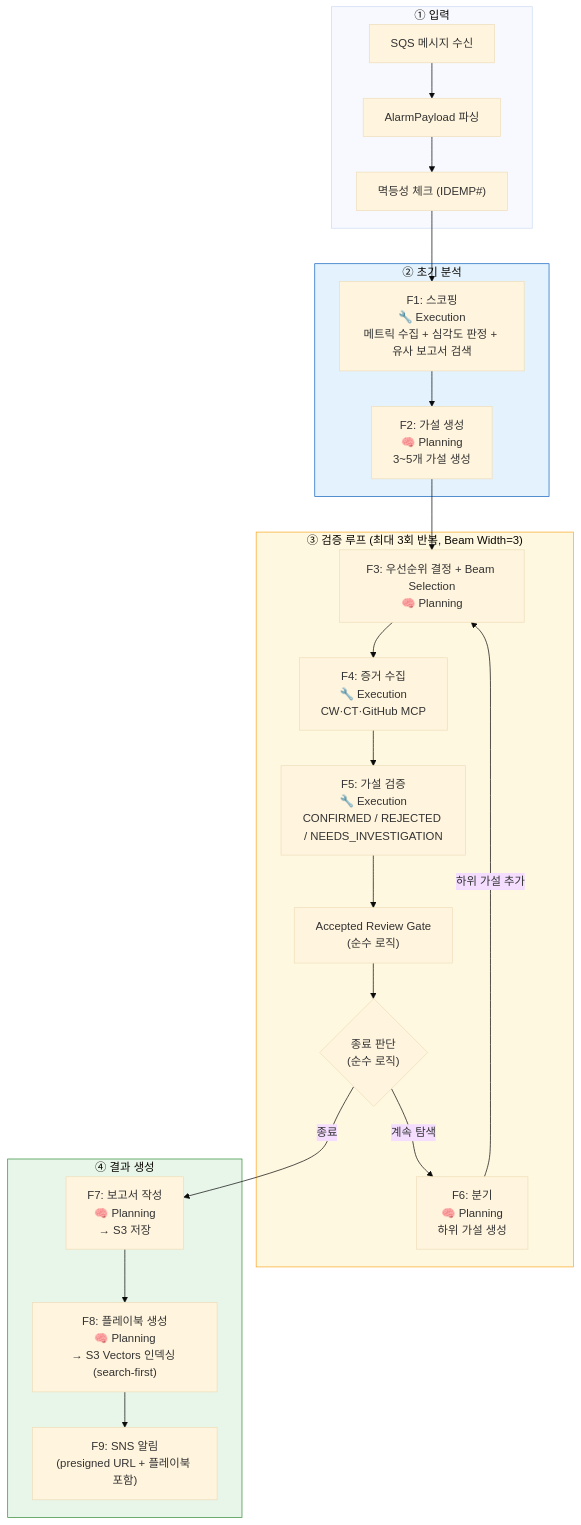
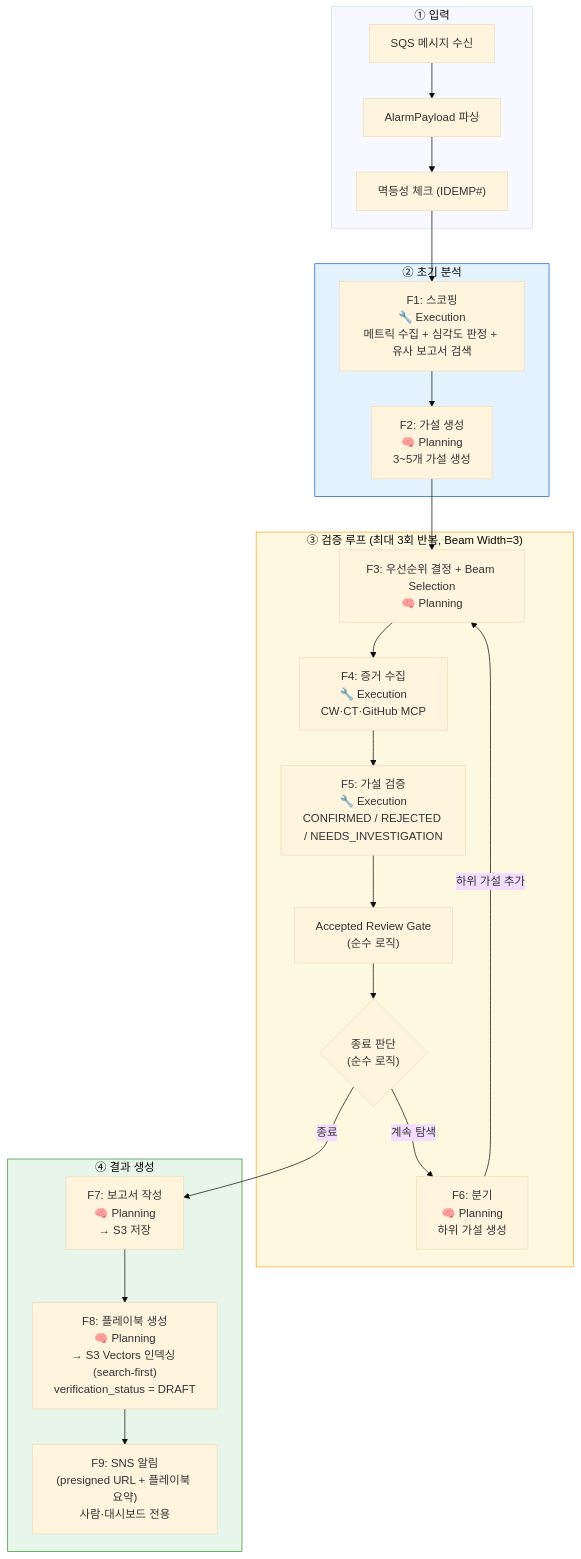
The sixth of 25 diagrams in docs/system-guide-for-ops.md (haandol/rca-agent), drawn with Mermaid (base theme) before and after one commit. The commit also changed other lines of this file and 7 other files, not shown here.

````diff
--- a/docs/system-guide-for-ops.md
+++ b/docs/system-guide-for-ops.md
@@ -299,43 +369,43 @@
 ```mermaid
 flowchart TD
     subgraph Input["① 입력"]
         SQS["SQS 메시지 수신"]
         PARSE["AlarmPayload 파싱"]
         DEDUP["멱등성 체크 (IDEMP#)"]
         SQS --> PARSE --> DEDUP
     end
 
     subgraph Phase1["② 초기 분석"]
         F1["F1: 스코핑<br/>🔧 Execution<br/>메트릭 수집 + 심각도 판정 + 유사 보고서 검색"]
         F2["F2: 가설 생성<br/>🧠 Planning<br/>3~5개 가설 생성"]
     end
 
     subgraph Loop["③ 검증 루프 (최대 3회 반복, Beam Width=3)"]
         F3["F3: 우선순위 결정 + Beam Selection<br/>🧠 Planning"]
         F4["F4: 증거 수집<br/>🔧 Execution<br/>CW·CT·GitHub MCP"]
         F5["F5: 가설 검증<br/>🔧 Execution<br/>CONFIRMED / REJECTED / NEEDS_INVESTIGATION"]
         RG["Accepted Review Gate<br/>(순수 로직)"]
         TERM{"종료 판단<br/>(순수 로직)"}
         F6["F6: 분기<br/>🧠 Planning<br/>하위 가설 생성"]
 
         F3 --> F4 --> F5 --> RG --> TERM
         TERM -->|"계속 탐색"| F6
         F6 -->|"하위 가설 추가"| F3
     end
 
     subgraph Output["④ 결과 생성"]
         F7["F7: 보고서 작성<br/>🧠 Planning<br/>→ S3 저장"]
-        F8["F8: 플레이북 생성<br/>🧠 Planning<br/>→ S3 Vectors 인덱싱 (search-first)"]
-        F9["F9: SNS 알림<br/>(presigned URL + 플레이북 포함)"]
+        F8["F8: 플레이북 생성<br/>🧠 Planning<br/>→ S3 Vectors 인덱싱 (search-first)<br/>verification_status = DRAFT"]
+        F9["F9: SNS 알림<br/>(presigned URL + 플레이북 요약)<br/>사람·대시보드 전용"]
         F7 --> F8 --> F9
     end
 
     DEDUP --> F1
     F1 --> F2
     F2 --> F3
     TERM -->|"종료"| F7
 
     style Phase1 fill:#e3f2fd,stroke:#1565c0
     style Loop fill:#fff8e1,stroke:#f9a825
     style Output fill:#e8f5e9,stroke:#388e3c
 ```
````
